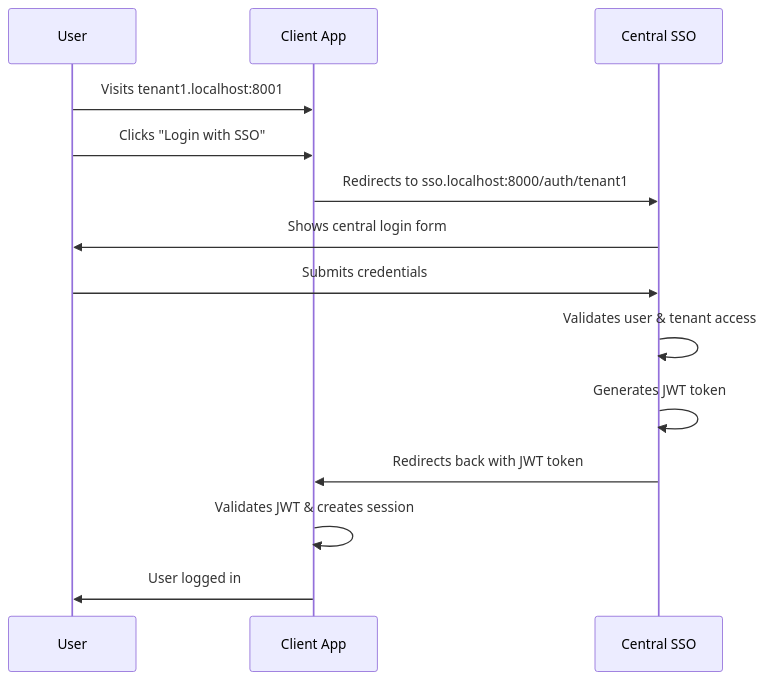
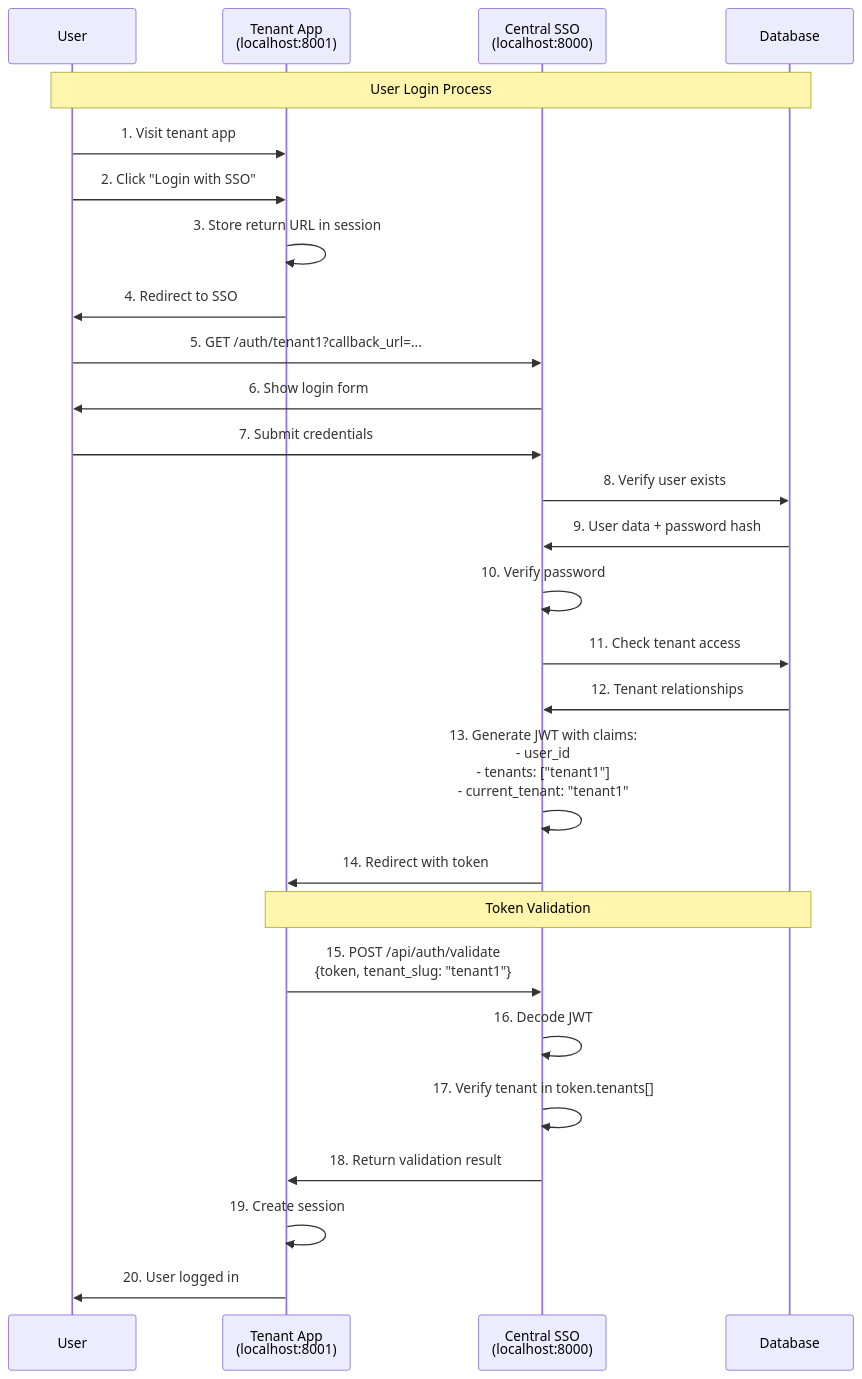
The second of 7 diagrams in docs/authentication-flow.md (hi-dil/SSO-POC), drawn with Mermaid before and after one commit. The commit also changed other lines of this file and 6 other files, not shown here.

Commit message:
add login with sso

````diff
--- a/docs/authentication-flow.md
+++ b/docs/authentication-flow.md
@@ -11,17 +36,31 @@
 ```mermaid
 sequenceDiagram
     participant U as User
-    participant C as Client App
-    participant S as Central SSO
+    participant T as Tenant App<br/>(localhost:8001)
+    participant SSO as Central SSO<br/>(localhost:8000)
+    participant DB as Database
     
-    U->>C: Visits tenant1.localhost:8001
-    U->>C: Clicks "Login with SSO"
-    C->>S: Redirects to sso.localhost:8000/auth/tenant1
-    S->>U: Shows central login form
-    U->>S: Submits credentials
-    S->>S: Validates user & tenant access
-    S->>S: Generates JWT token
-    S->>C: Redirects back with JWT token
-    C->>C: Validates JWT & creates session
-    C->>U: User logged in
+    Note over U,DB: User Login Process
+    U->>T: 1. Visit tenant app
+    U->>T: 2. Click "Login with SSO"
+    T->>T: 3. Store return URL in session
+    T->>U: 4. Redirect to SSO
+    U->>SSO: 5. GET /auth/tenant1?callback_url=...
+    SSO->>U: 6. Show login form
+    U->>SSO: 7. Submit credentials
+    SSO->>DB: 8. Verify user exists
+    DB->>SSO: 9. User data + password hash
+    SSO->>SSO: 10. Verify password
+    SSO->>DB: 11. Check tenant access
+    DB->>SSO: 12. Tenant relationships
+    SSO->>SSO: 13. Generate JWT with claims:<br/>- user_id<br/>- tenants: ["tenant1"]<br/>- current_tenant: "tenant1"
+    SSO->>T: 14. Redirect with token
+    
+    Note over T,DB: Token Validation
+    T->>SSO: 15. POST /api/auth/validate<br/>{token, tenant_slug: "tenant1"}
+    SSO->>SSO: 16. Decode JWT
+    SSO->>SSO: 17. Verify tenant in token.tenants[]
+    SSO->>T: 18. Return validation result
+    T->>T: 19. Create session
+    T->>U: 20. User logged in
 ```
````
